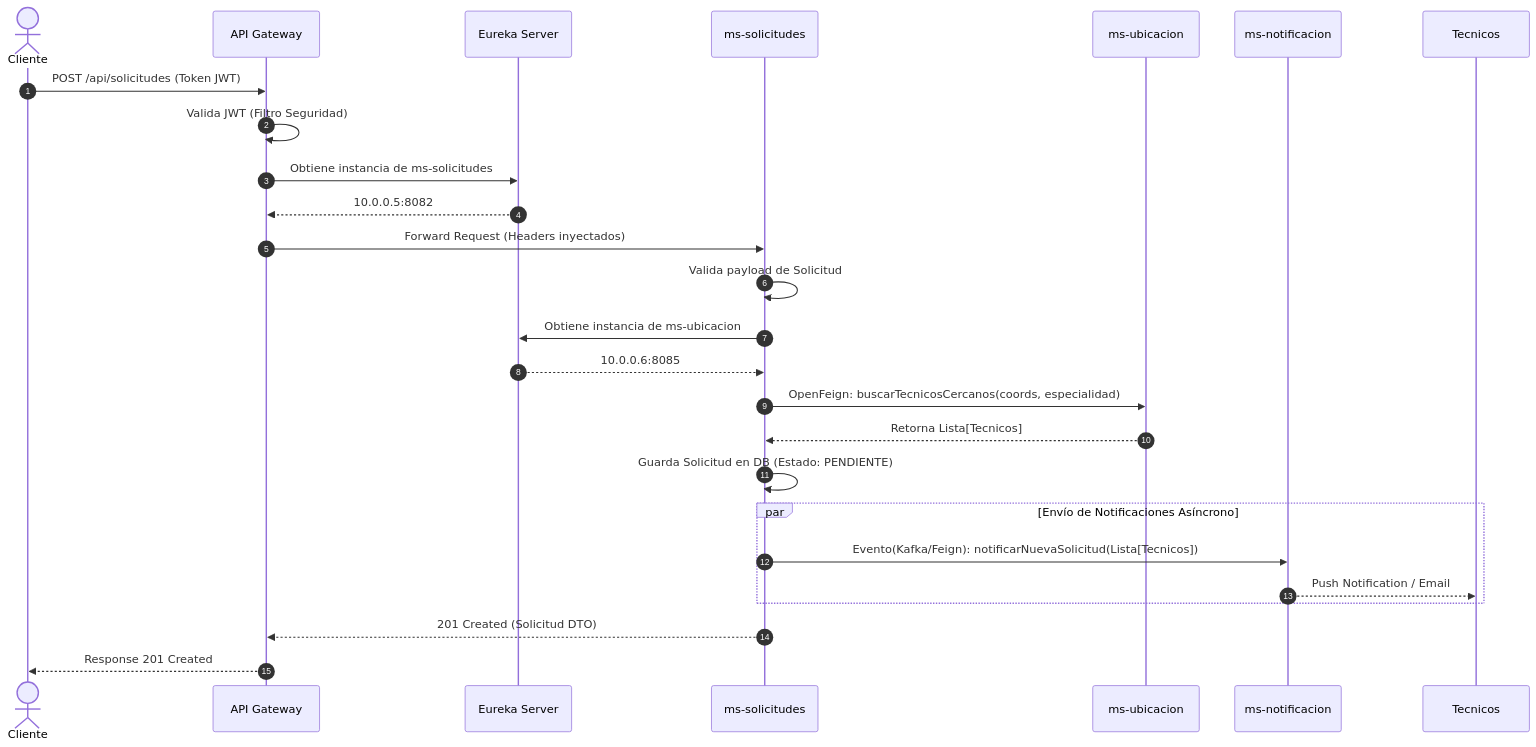
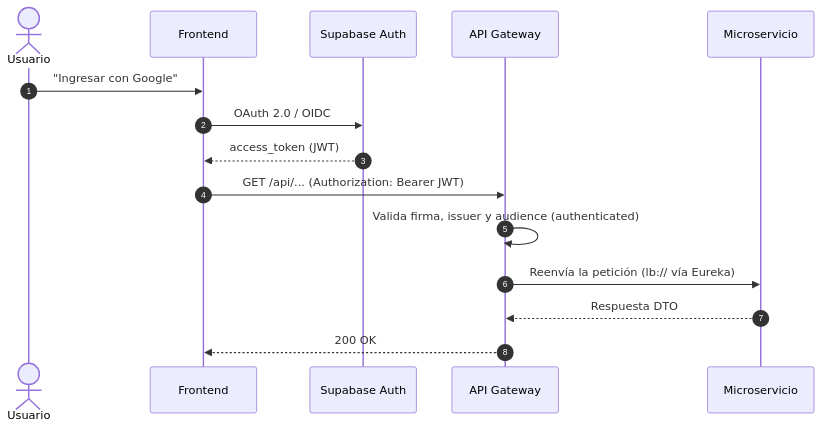
The second of 3 diagrams in README.md (oretnad8/homefixer_backend), drawn with Mermaid before and after one commit. The commit also changed other lines of this file and 19 other files, not shown here.

````diff
--- a/README.md
+++ b/README.md
@@ -164,36 +108,18 @@
 ```mermaid
 sequenceDiagram
     autonumber
-    actor Cliente
-    participant Gateway as API Gateway
-    participant Eureka as Eureka Server
-    participant Solicitudes as ms-solicitudes
-    participant Ubicacion as ms-ubicacion
-    participant Notificacion as ms-notificacion
+    actor Usuario
+    participant FE as Frontend
+    participant SA as Supabase Auth
+    participant GW as API Gateway
+    participant MS as Microservicio
 
-    Cliente->>Gateway: POST /api/solicitudes (Token JWT)
-    Gateway->>Gateway: Valida JWT (Filtro Seguridad)
-    
-    Gateway->>Eureka: Obtiene instancia de ms-solicitudes
-    Eureka-->>Gateway: 10.0.0.5:8082
-    
-    Gateway->>Solicitudes: Forward Request (Headers inyectados)
-    
-    Solicitudes->>Solicitudes: Valida payload de Solicitud
-    
-    Solicitudes->>Eureka: Obtiene instancia de ms-ubicacion
-    Eureka-->>Solicitudes: 10.0.0.6:8085
-    
-    Solicitudes->>Ubicacion: OpenFeign: buscarTecnicosCercanos(coords, especialidad)
-    Ubicacion-->>Solicitudes: Retorna Lista[Tecnicos]
-    
-    Solicitudes->>Solicitudes: Guarda Solicitud en DB (Estado: PENDIENTE)
-    
-    par Envío de Notificaciones Asíncrono
-        Solicitudes->>Notificacion: Evento(Kafka/Feign): notificarNuevaSolicitud(Lista[Tecnicos])
-        Notificacion-->>Tecnicos: Push Notification / Email
-    end
-    
-    Solicitudes-->>Gateway: 201 Created (Solicitud DTO)
-    Gateway-->>Cliente: Response 201 Created
+    Usuario->>FE: "Ingresar con Google"
+    FE->>SA: OAuth 2.0 / OIDC
+    SA-->>FE: access_token (JWT)
+    FE->>GW: GET /api/... (Authorization: Bearer JWT)
+    GW->>GW: Valida firma, issuer y audience (authenticated)
+    GW->>MS: Reenvía la petición (lb:// vía Eureka)
+    MS-->>GW: Respuesta DTO
+    GW-->>FE: 200 OK
 ```
````
